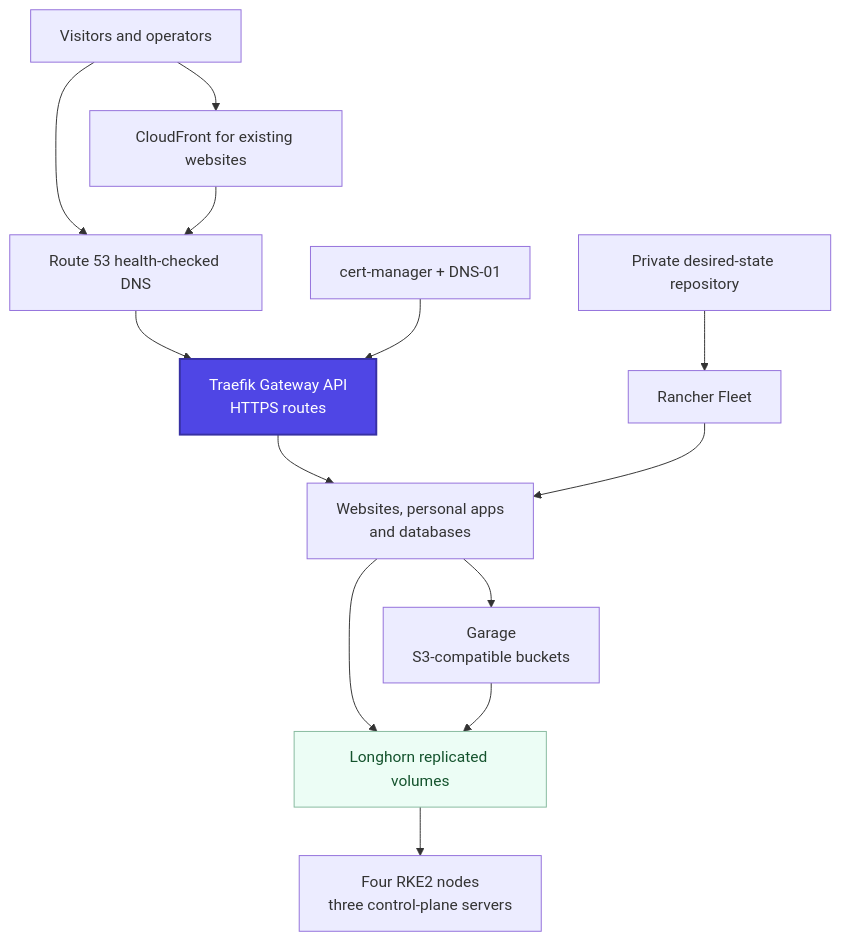
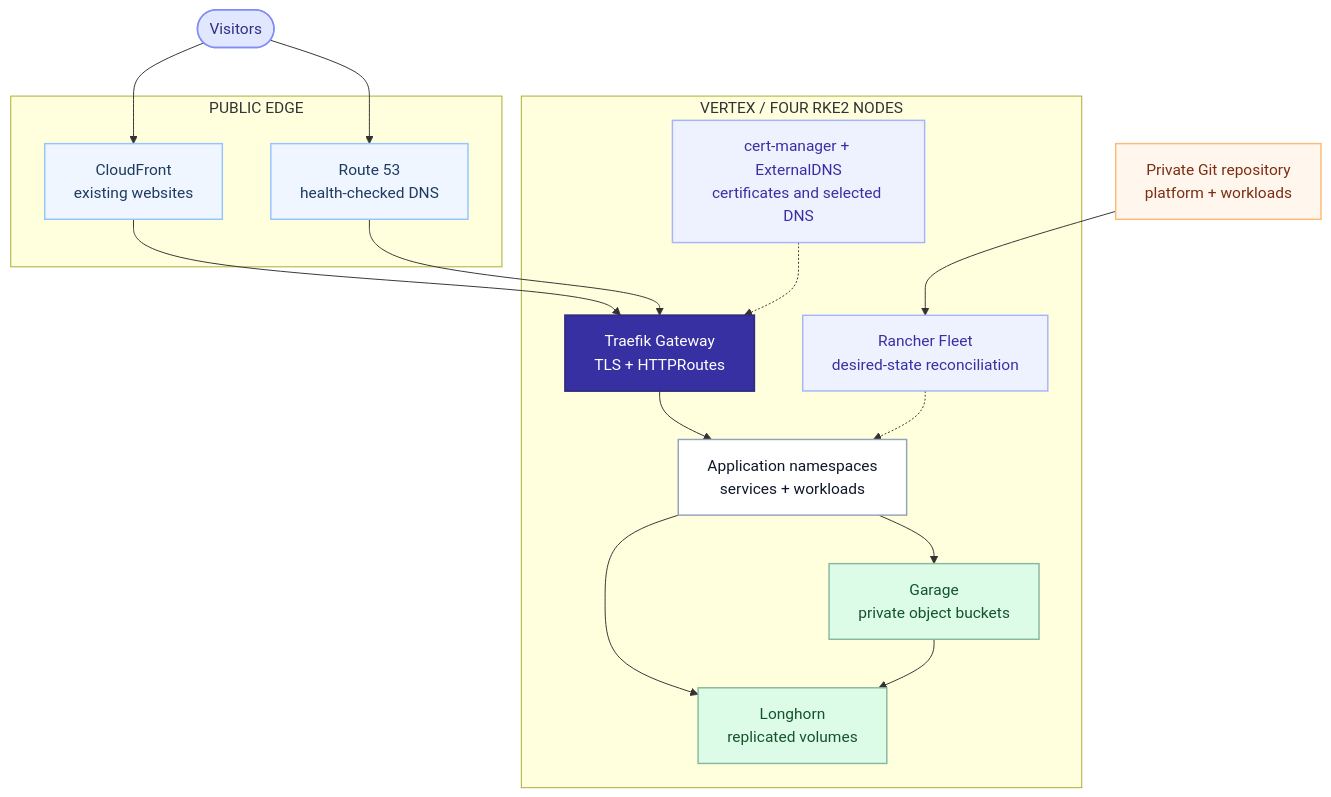
One commit to Paul1404/astro-portfolio changed the diagram in docs/diagrams/vertex/en-architecture.mmd. Above: the diagram before and after it, drawn with Mermaid. The commit also changed 20 other files, not shown here.

Commit message:
Illustrate Vertex operations with diagrams and real views (#163)

```diff
--- a/docs/diagrams/vertex/en-architecture.mmd
+++ b/docs/diagrams/vertex/en-architecture.mmd
@@ -1,16 +1,31 @@
 flowchart TB
-  accTitle: Vertex platform architecture
-  accDescr: Existing websites use CloudFront while applications can use the public gateway directly. Route 53 directs traffic to ingress nodes. Traefik routes requests to applications; Fleet reconciles the private Git repository; Garage provides object storage and Longhorn replicates volumes across the cluster.
-  Users["Visitors and operators"] --> Edge["CloudFront for existing websites"]
-  Users --> DNS["Route 53 health-checked DNS"]
-  Edge --> DNS
-  DNS --> Gateway["Traefik Gateway API<br/>HTTPS routes"]:::focus
-  Gateway --> Apps["Websites, personal apps<br/>and databases"]
-  Git["Private desired-state repository"] --> Fleet["Rancher Fleet"] --> Apps
-  Cert["cert-manager + DNS-01"] --> Gateway
-  Apps --> Storage["Longhorn replicated volumes"]:::good
-  Apps --> Garage["Garage<br/>S3-compatible buckets"]
-  Garage --> Storage
-  Storage --> Nodes["Four RKE2 nodes<br/>three control-plane servers"]
-  classDef focus fill:#4f46e5,color:#ffffff,stroke:#3730a3,stroke-width:2px
-  classDef good fill:#ecfdf5,color:#14532d,stroke:#86b99e
+  accTitle: Vertex traffic and platform architecture
+  accDescr: Visitors reach the Traefik gateway either directly using Route 53 DNS or through CloudFront for existing websites. HTTPRoutes forward to isolated application services. Rancher Fleet reconciles the desired state; cert-manager and ExternalDNS manage selected certificates and records. Longhorn provides replicated persistent storage and Garage provides S3-compatible buckets.
+  Visitor([Visitors]):::person
+  subgraph edge["PUBLIC EDGE"]
+    DNS["Route 53<br/>health-checked DNS"]:::cloud
+    CDN["CloudFront<br/>existing websites"]:::cloud
+  end
+  subgraph cluster["VERTEX / FOUR RKE2 NODES"]
+    GW["Traefik Gateway<br/>TLS + HTTPRoutes"]:::gateway
+    Apps["Application namespaces<br/>services + workloads"]:::workload
+    Store["Longhorn<br/>replicated volumes"]:::storage
+    Garage["Garage<br/>private object buckets"]:::storage
+    Fleet["Rancher Fleet<br/>desired-state reconciliation"]:::control
+    Cert["cert-manager + ExternalDNS<br/>certificates and selected DNS"]:::control
+  end
+  Git["Private Git repository<br/>platform + workloads"]:::source
+  Visitor --> DNS
+  Visitor --> CDN --> GW
+  DNS --> GW --> Apps
+  Git --> Fleet -.-> Apps
+  Cert -.-> GW
+  Apps --> Store
+  Apps --> Garage --> Store
+  classDef person fill:#e0e7ff,stroke:#818cf8,color:#312e81,stroke-width:1.5px
+  classDef cloud fill:#eff6ff,stroke:#93c5fd,color:#1e3a5f,stroke-width:1.5px
+  classDef gateway fill:#3730a3,stroke:#312e81,color:#ffffff,stroke-width:2px
+  classDef workload fill:#ffffff,stroke:#94a3b8,color:#0f172a,stroke-width:1.5px
+  classDef storage fill:#dcfce7,stroke:#86b99e,color:#14532d,stroke-width:1.5px
+  classDef control fill:#eef2ff,stroke:#a5b4fc,color:#3730a3,stroke-width:1.5px
+  classDef source fill:#fff7ed,stroke:#fdba74,color:#7c2d12,stroke-width:1.5px
```
